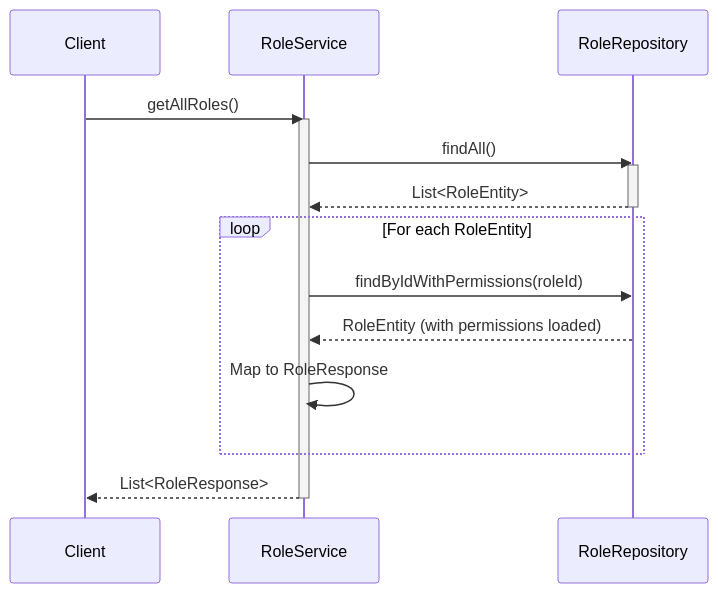
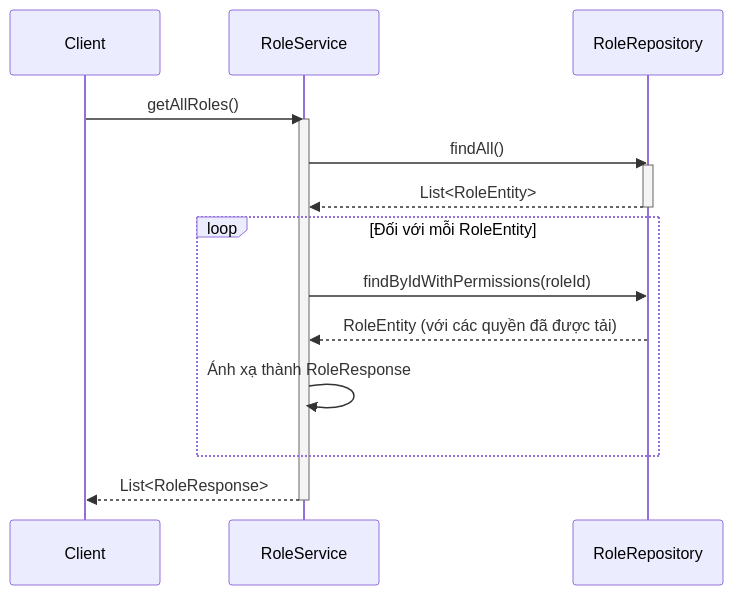
The fifth of 9 diagrams in .agent/sequence/rbac_services_sequence_diagrams.md (aquoc09/easymall), drawn with Mermaid before and after one commit. The commit also changed other lines of this file and 18 other files, not shown here.

Commit message:
UPDATE: Sequence diagram vietnamese

````diff
--- a/.agent/sequence/rbac_services_sequence_diagrams.md
+++ b/.agent/sequence/rbac_services_sequence_diagrams.md
@@ -122,23 +122,23 @@
 ```mermaid
 sequenceDiagram
     participant Client
     participant RoleService
     participant RoleRepository
 
     Client->>RoleService: getAllRoles()
     activate RoleService
 
     RoleService->>RoleRepository: findAll()
     activate RoleRepository
     RoleRepository-->>RoleService: List<RoleEntity>
     deactivate RoleRepository
 
-    loop For each RoleEntity
+    loop Đối với mỗi RoleEntity
         RoleService->>RoleRepository: findByIdWithPermissions(roleId)
-        RoleRepository-->>RoleService: RoleEntity (with permissions loaded)
-        RoleService->>RoleService: Map to RoleResponse
+        RoleRepository-->>RoleService: RoleEntity (với các quyền đã được tải)
+        RoleService->>RoleService: Ánh xạ thành RoleResponse
     end
     
     RoleService-->>Client: List<RoleResponse>
     deactivate RoleService
 ```
````
